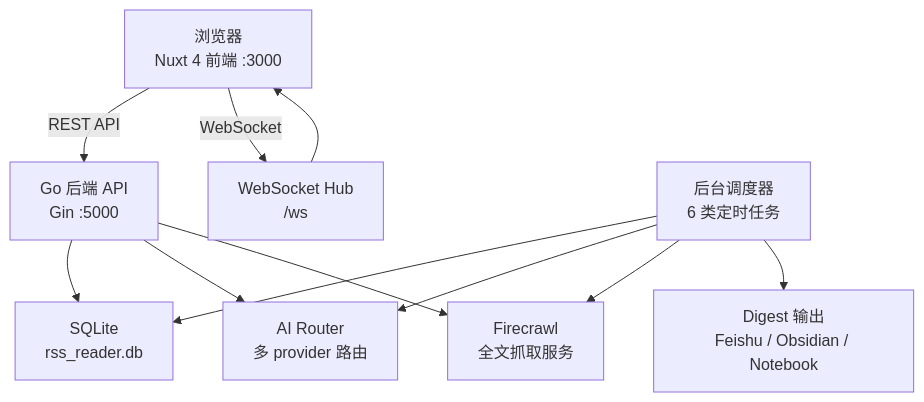
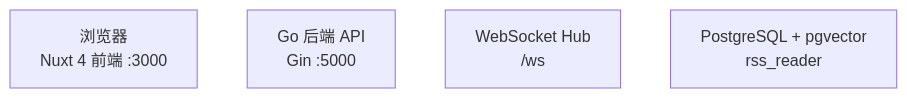
One commit to ZanebonoAlter/ZanebonoRssReader changed the diagram in docs/architecture/overview.md. Above: the diagram before and after it, drawn with Mermaid. The commit also changed other lines of this file and 47 other files, not shown here.

````diff
--- a/docs/architecture/overview.md
+++ b/docs/architecture/overview.md
@@ -25,22 +27,7 @@
 ```mermaid
 graph TD
     Browser["浏览器<br/>Nuxt 4 前端 :3000"]
     API["Go 后端 API<br/>Gin :5000"]
     WS["WebSocket Hub<br/>/ws"]
-    SQLite["SQLite<br/>rss_reader.db"]
-    Schedulers["后台调度器<br/>6 类定时任务"]
-    AIRouter["AI Router<br/>多 provider 路由"]
-    Firecrawl["Firecrawl<br/>全文抓取服务"]
-    Digest["Digest 输出<br/>Feishu / Obsidian / Notebook"]
-
-    Browser -->|REST API| API
-    Browser -->|WebSocket| WS
-    API --> SQLite
-    Schedulers --> SQLite
-    Schedulers --> AIRouter
-    Schedulers --> Firecrawl
-    Schedulers --> Digest
-    API --> AIRouter
-    API --> Firecrawl
-    WS --> Browser
+    PostgreSQL["PostgreSQL + pgvector<br/>rss_reader"]
 ```
````
